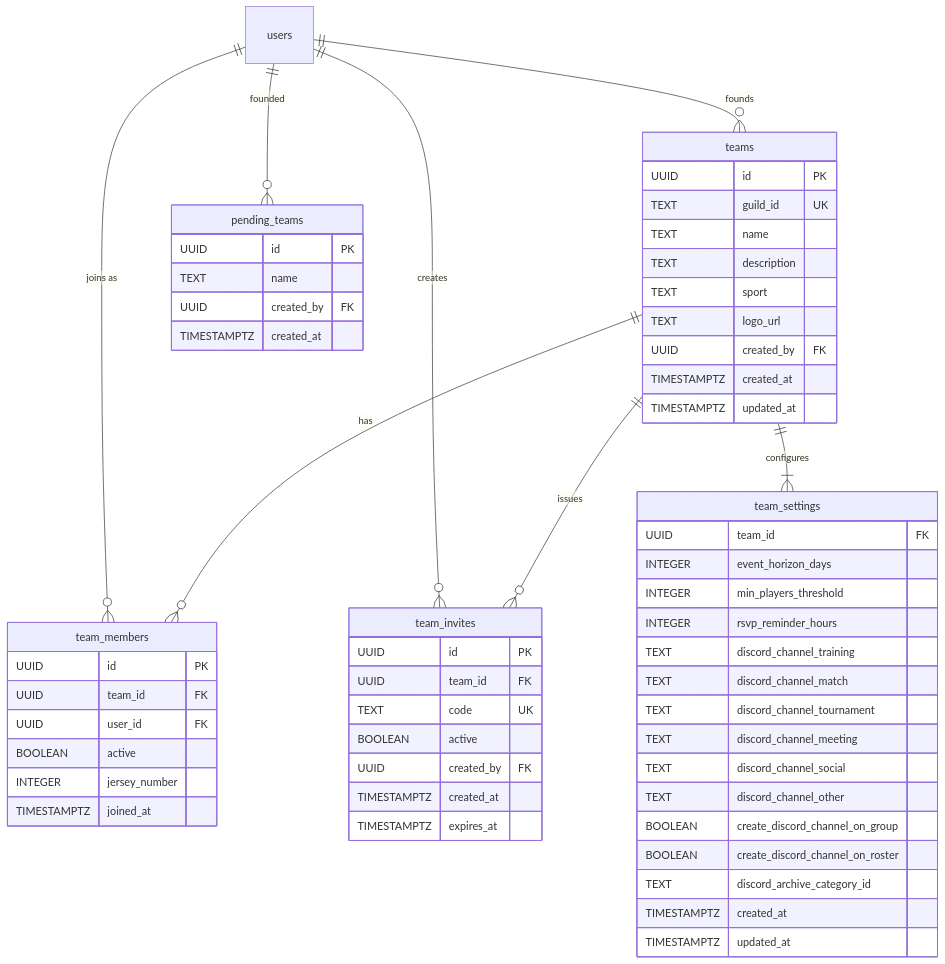
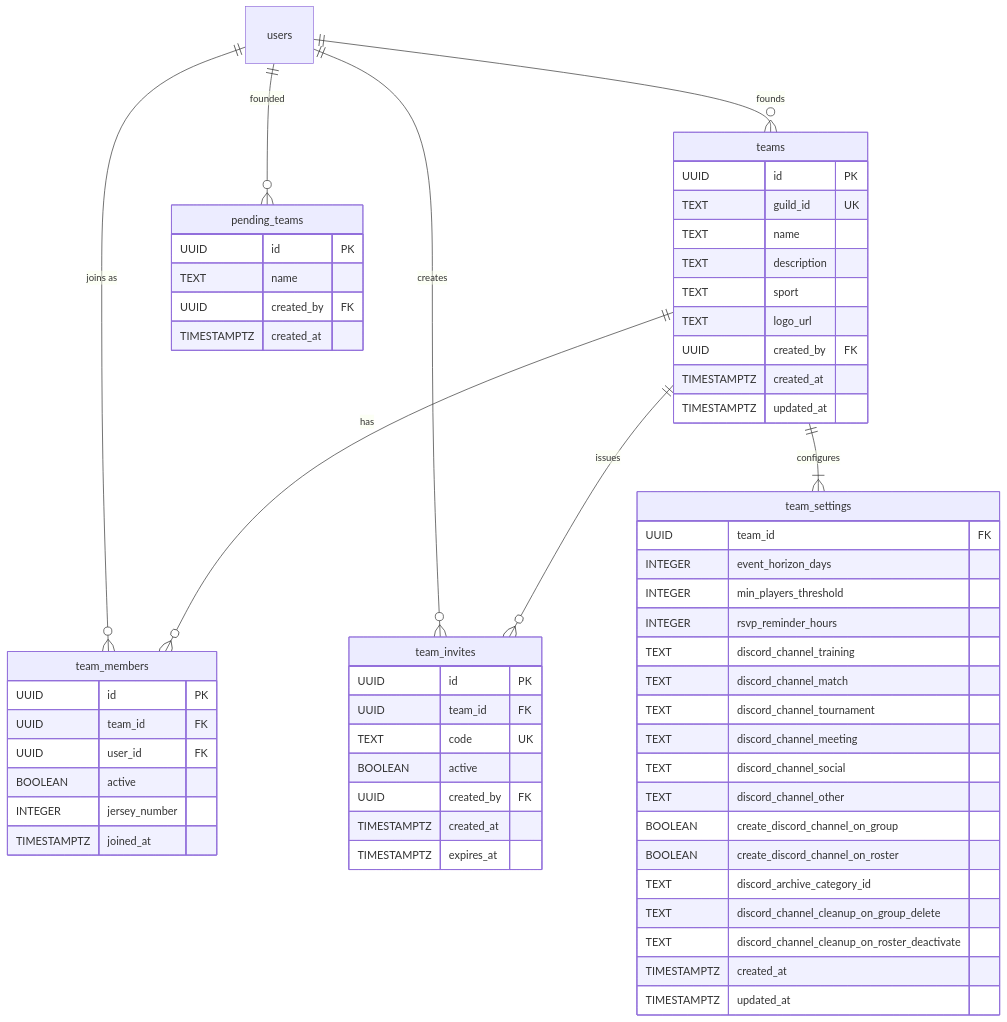
The third of 12 diagrams in docs/thesis/er-diagram.md (maxa-ondrej/sideline), drawn with Mermaid before and after one commit. The commit also changed 21 other files, not shown here.

First line of the commit message:
Add 3-mode channel cleanup: nothing, delete, or archive

````diff
--- a/docs/thesis/er-diagram.md
+++ b/docs/thesis/er-diagram.md
@@ -143,66 +143,68 @@
 ```mermaid
 erDiagram
     teams {
         UUID id PK
         TEXT guild_id UK
         TEXT name
         TEXT description
         TEXT sport
         TEXT logo_url
         UUID created_by FK
         TIMESTAMPTZ created_at
         TIMESTAMPTZ updated_at
     }
 
     team_members {
         UUID id PK
         UUID team_id FK
         UUID user_id FK
         BOOLEAN active
         INTEGER jersey_number
         TIMESTAMPTZ joined_at
     }
 
     team_invites {
         UUID id PK
         UUID team_id FK
         TEXT code UK
         BOOLEAN active
         UUID created_by FK
         TIMESTAMPTZ created_at
         TIMESTAMPTZ expires_at
     }
 
     team_settings {
         UUID team_id FK
         INTEGER event_horizon_days
         INTEGER min_players_threshold
         INTEGER rsvp_reminder_hours
         TEXT discord_channel_training
         TEXT discord_channel_match
         TEXT discord_channel_tournament
         TEXT discord_channel_meeting
         TEXT discord_channel_social
         TEXT discord_channel_other
         BOOLEAN create_discord_channel_on_group
         BOOLEAN create_discord_channel_on_roster
         TEXT discord_archive_category_id
+        TEXT discord_channel_cleanup_on_group_delete
+        TEXT discord_channel_cleanup_on_roster_deactivate
         TIMESTAMPTZ created_at
         TIMESTAMPTZ updated_at
     }
 
     pending_teams {
         UUID id PK
         TEXT name
         UUID created_by FK
         TIMESTAMPTZ created_at
     }
 
     users ||--o{ teams : "founds"
     users ||--o{ team_members : "joins as"
     users ||--o{ team_invites : "creates"
     users ||--o{ pending_teams : "founded"
     teams ||--o{ team_members : "has"
     teams ||--o{ team_invites : "issues"
     teams ||--|{ team_settings : "configures"
 ```
````
